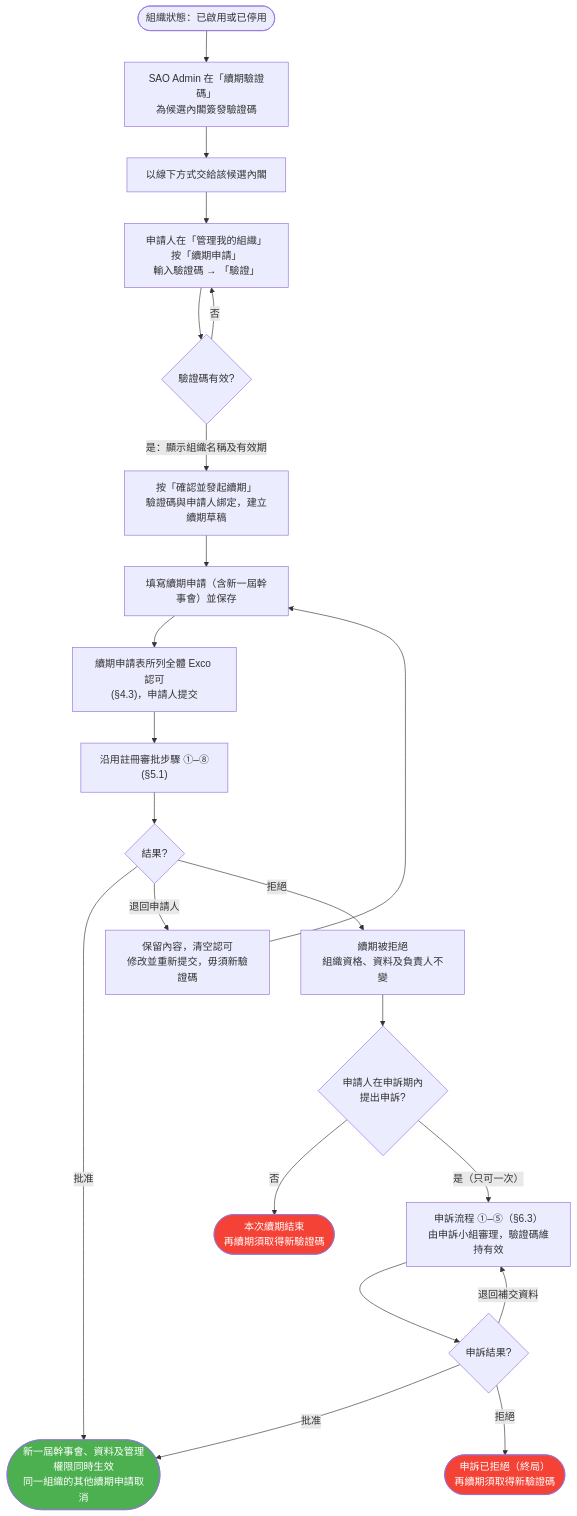
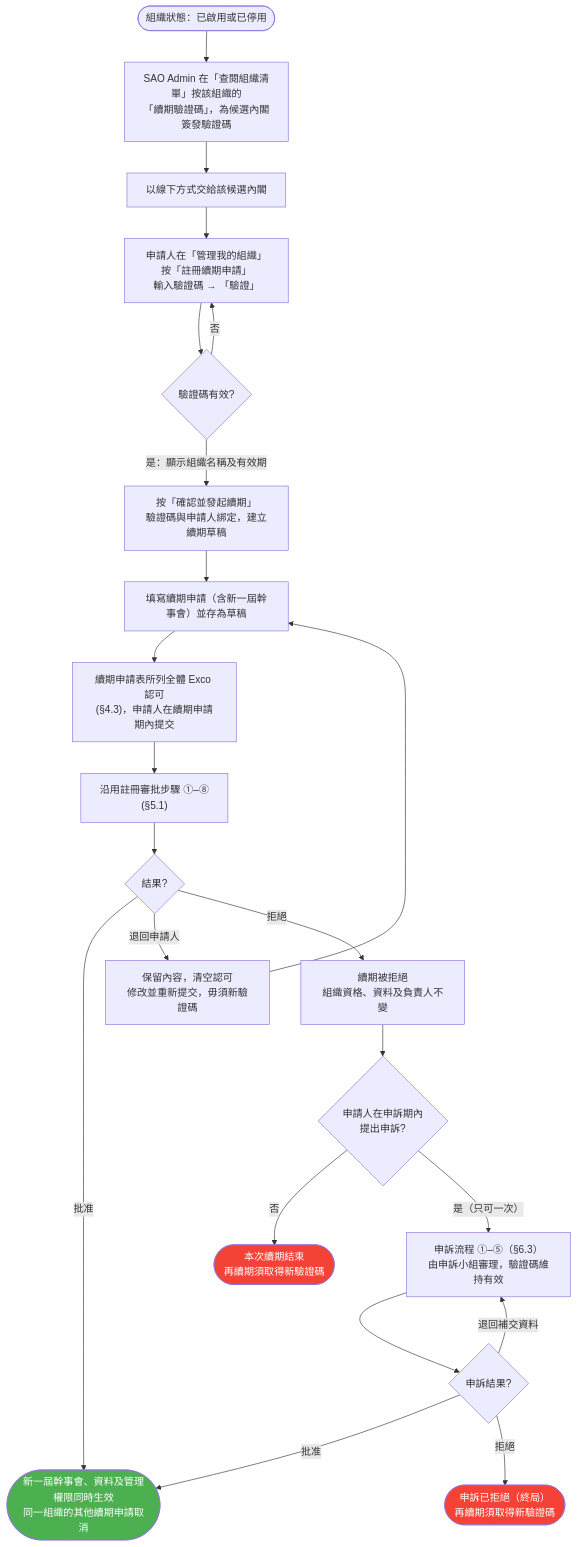
Before and after one commit to OneStar-Projects/SLAS-Docs: the sixth of 6 diagrams in docs/student-org-workflow-flowcharts.md, drawn with Mermaid. The commit also changed other lines of this file and 4 other files, not shown here.

````diff
--- a/docs/student-org-workflow-flowcharts.md
+++ b/docs/student-org-workflow-flowcharts.md
@@ -648,29 +656,29 @@
 ```mermaid
 flowchart TD
     Active(["組織狀態：已啟用或已停用"])
-    Active --> Issue["SAO Admin 在「續期驗證碼」<br/>為候選內閣簽發驗證碼"]
+    Active --> Issue["SAO Admin 在「查閱組織清單」按該組織的<br/>「續期驗證碼」，為候選內閣簽發驗證碼"]
     Issue --> Offline["以線下方式交給該候選內閣"]
-    Offline --> Enter["申請人在「管理我的組織」按「續期申請」<br/>輸入驗證碼 → 「驗證」"]
+    Offline --> Enter["申請人在「管理我的組織」按「註冊續期申請」<br/>輸入驗證碼 → 「驗證」"]
     Enter --> Valid{驗證碼有效?}
     Valid -->|"否"| Enter
     Valid -->|"是：顯示組織名稱及有效期"| Confirm["按「確認並發起續期」<br/>驗證碼與申請人綁定，建立續期草稿"]
-    Confirm --> Fill["填寫續期申請（含新一屆幹事會）並保存"]
-    Fill --> Endorse["續期申請表所列全體 Exco 認可<br/>(§4.3)，申請人提交"]
+    Confirm --> Fill["填寫續期申請（含新一屆幹事會）並存為草稿"]
+    Fill --> Endorse["續期申請表所列全體 Exco 認可<br/>(§4.3)，申請人在續期申請期內提交"]
     Endorse --> Review["沿用註冊審批步驟 ①–⑧<br/>(§5.1)"]
     Review --> Decision{結果?}
     Decision -->|"批准"| Approved(["新一屆幹事會、資料及管理權限同時生效<br/>同一組織的其他續期申請取消"])
     Decision -->|"退回申請人"| Returned["保留內容，清空認可<br/>修改並重新提交，毋須新驗證碼"]
     Returned --> Fill
     Decision -->|"拒絕"| Rejected["續期被拒絕<br/>組織資格、資料及負責人不變"]
     Rejected --> AppealGate{申請人在申訴期內<br/>提出申訴?}
     AppealGate -->|"否"| Closed(["本次續期結束<br/>再續期須取得新驗證碼"])
     AppealGate -->|"是（只可一次）"| AppealFlow["申訴流程 ①–⑤（§6.3）<br/>由申訴小組審理，驗證碼維持有效"]
     AppealFlow --> AppealResult{申訴結果?}
     AppealResult -->|"退回補交資料"| AppealFlow
     AppealResult -->|"批准"| Approved
     AppealResult -->|"拒絕"| AppealRejected(["申訴已拒絕（終局）<br/>再續期須取得新驗證碼"])
 
     style Approved fill:#4CAF50,color:#fff
     style Closed fill:#f44336,color:#fff
     style AppealRejected fill:#f44336,color:#fff
 ```
````
